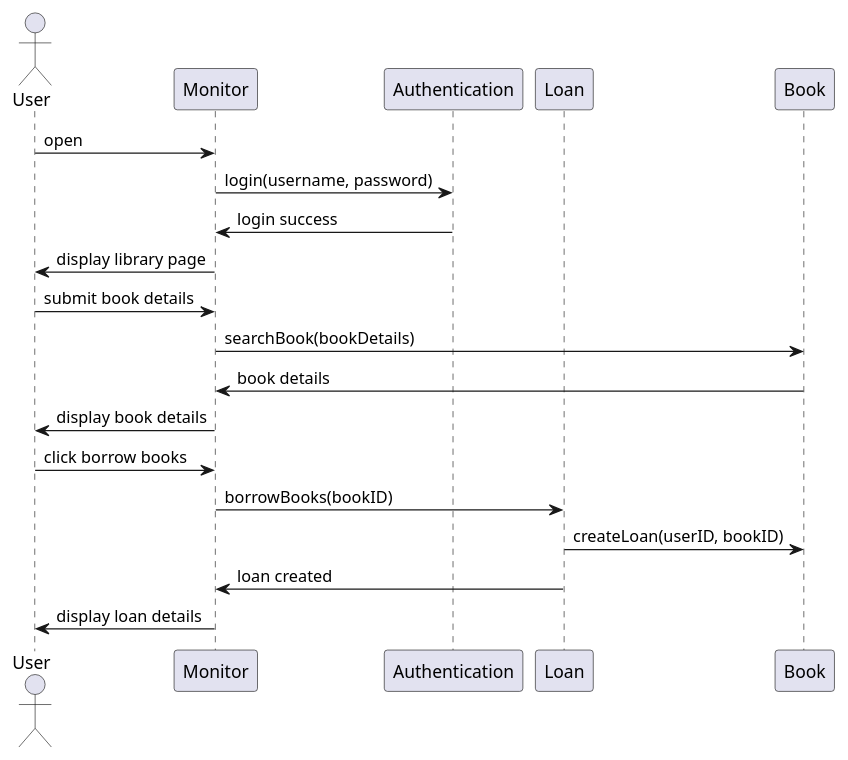
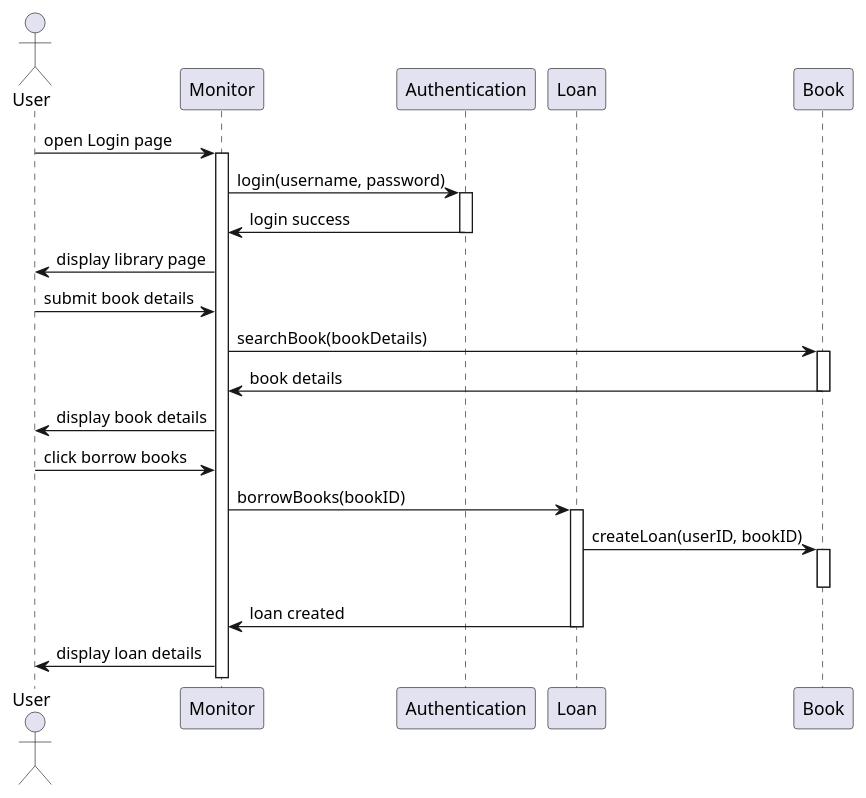
One commit to zuzu2307/Final_UML changed the diagram in src/borrowingBook.puml. Above: the diagram before and after it, drawn with PlantUML. The commit also changed 13 other files, not shown here.

```diff
--- a/src/borrowingBook.puml
+++ b/src/borrowingBook.puml
@@ -1,23 +1,34 @@
 @startuml
 actor User
 participant Monitor
 participant Authentication
 participant Loan
 participant Book
 
-User -> Monitor: open
+User -> Monitor: open Login page
+activate Monitor
 Monitor -> Authentication: login(username, password)
+activate Authentication
 Authentication -> Monitor: login success
+deactivate Authentication
 Monitor -> User: display library page
 
 User -> Monitor: submit book details
 Monitor -> Book: searchBook(bookDetails)
+activate Book
 Book -> Monitor: book details
+deactivate Book
 Monitor -> User: display book details
+
 
 User -> Monitor: click borrow books
 Monitor -> Loan: borrowBooks(bookID)
+activate Loan
+
 Loan -> Book: createLoan(userID, bookID)
+activate Book
+deactivate Book
 Loan -> Monitor: loan created
+deactivate Loan
 Monitor -> User: display loan details
 @enduml
```
